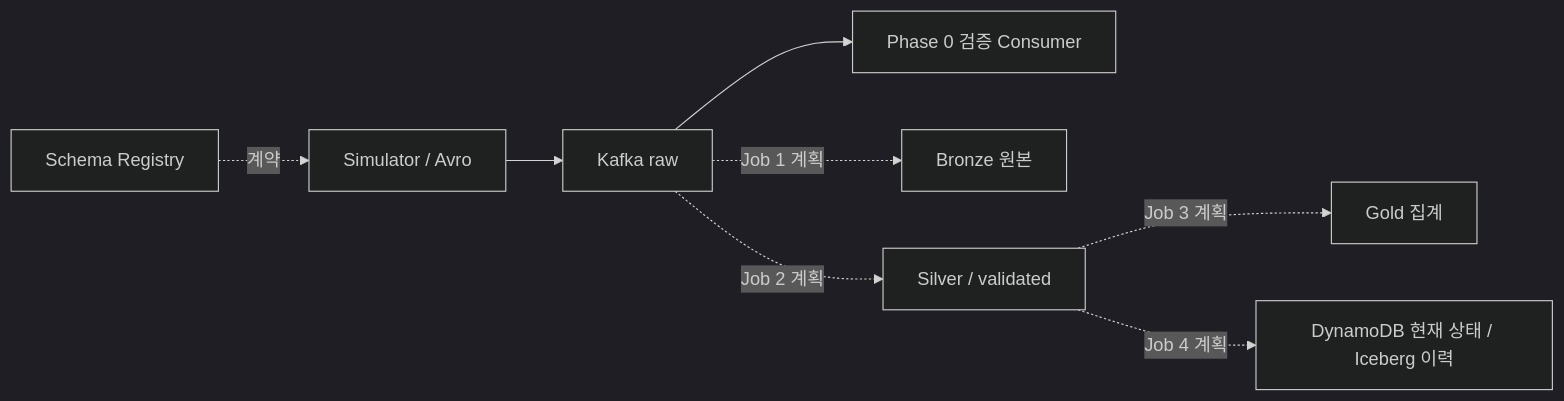
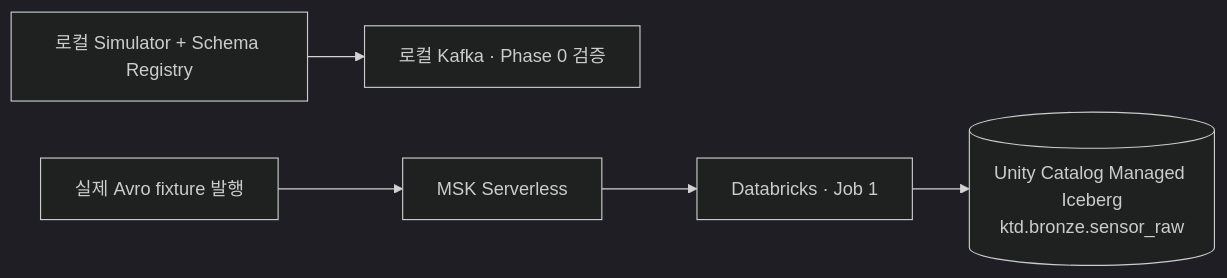
Before and after one commit to yccs-26/kitchen_to_digital: the diagram in README.md, drawn with Mermaid (dark theme). The commit also changed other lines of this file and 34 other files, not shown here.

First line of the commit message:
feat(phase1): Kafka → Bronze 원본 적재 구현 및 검증 (#8)

````diff
--- a/README.md
+++ b/README.md
@@ -12,10 +13,7 @@
 ```mermaid
 flowchart LR
-    P[Simulator / Avro] --> K[Kafka raw]
-    R[Schema Registry] -. 계약 .-> P
-    K --> C[Phase 0 검증 Consumer]
-    K -. Job 1 계획 .-> B[Bronze 원본]
-    K -. Job 2 계획 .-> S[Silver / validated]
-    S -. Job 3 계획 .-> G[Gold 집계]
-    S -. Job 4 계획 .-> T[DynamoDB 현재 상태 / Iceberg 이력]
+    L[로컬 Simulator + Schema Registry] --> LK[로컬 Kafka · Phase 0 검증]
+    F[실제 Avro fixture 발행] --> M[MSK Serverless]
+    M --> J[Databricks · Job 1]
+    J --> B[("Unity Catalog Managed Iceberg<br/>ktd.bronze.sensor_raw")]
 ```
````
